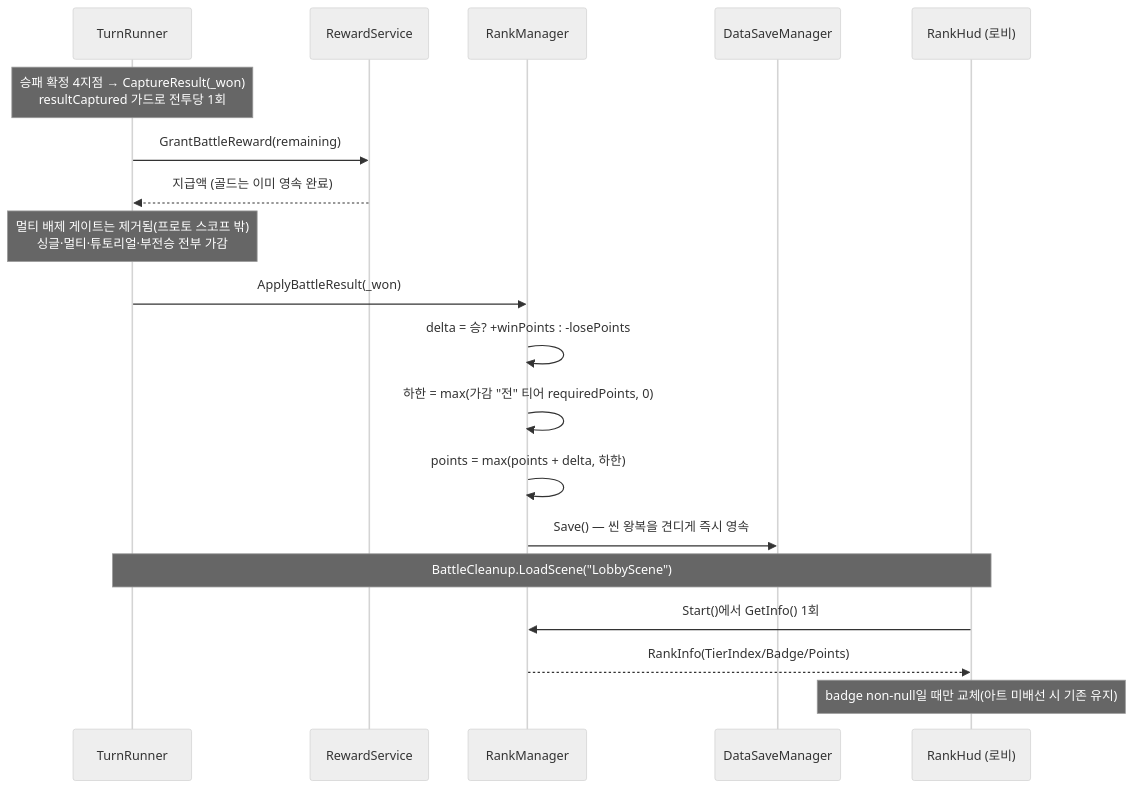
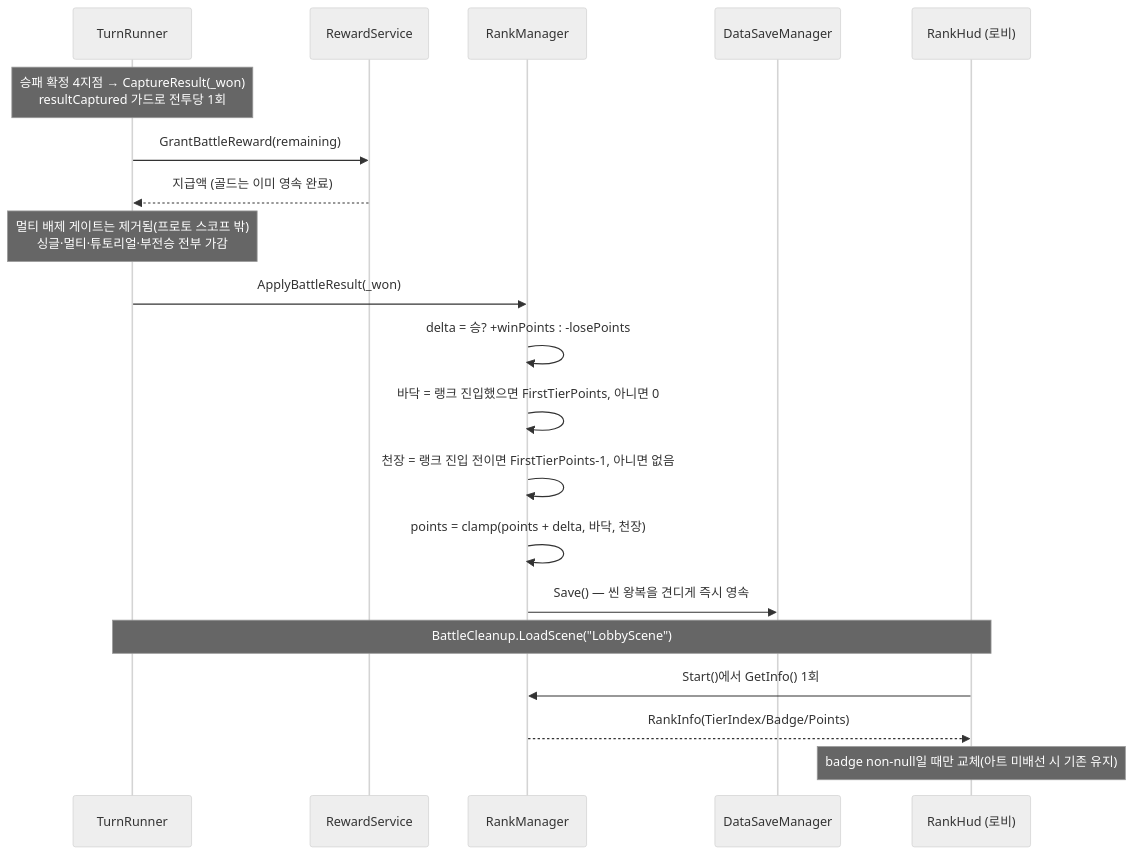
Before and after one commit to hspark-maker/TeamfightTCG_Migriation: diagram 13 of 20 in docs/OutGamePlan/STRUCTURE.md, drawn with Mermaid (neutral theme). The commit also changed other lines of this file and 25 other files, not shown here.

````diff
--- a/docs/OutGamePlan/STRUCTURE.md
+++ b/docs/OutGamePlan/STRUCTURE.md
@@ -587,22 +588,23 @@
 ```mermaid
 sequenceDiagram
     participant TR as TurnRunner
     participant RS as RewardService
     participant MGR as RankManager
     participant DSM as DataSaveManager
     participant HUD as RankHud (로비)
 
     Note over TR: 승패 확정 4지점 → CaptureResult(_won)<br/>resultCaptured 가드로 전투당 1회
     TR->>RS: GrantBattleReward(remaining)
     RS-->>TR: 지급액 (골드는 이미 영속 완료)
     Note over TR: 멀티 배제 게이트는 제거됨(프로토 스코프 밖)<br/>싱글·멀티·튜토리얼·부전승 전부 가감
     TR->>MGR: ApplyBattleResult(_won)
     MGR->>MGR: delta = 승? +winPoints : -losePoints
-    MGR->>MGR: 하한 = max(가감 "전" 티어 requiredPoints, 0)
-    MGR->>MGR: points = max(points + delta, 하한)
+    MGR->>MGR: 바닥 = 랭크 진입했으면 FirstTierPoints, 아니면 0
+    MGR->>MGR: 천장 = 랭크 진입 전이면 FirstTierPoints-1, 아니면 없음
+    MGR->>MGR: points = clamp(points + delta, 바닥, 천장)
     MGR->>DSM: Save() — 씬 왕복을 견디게 즉시 영속
     Note over TR,HUD: BattleCleanup.LoadScene("LobbyScene")
     HUD->>MGR: Start()에서 GetInfo() 1회
     MGR-->>HUD: RankInfo(TierIndex/Badge/Points)
     Note over HUD: badge non-null일 때만 교체(아트 미배선 시 기존 유지)
 ```
````
